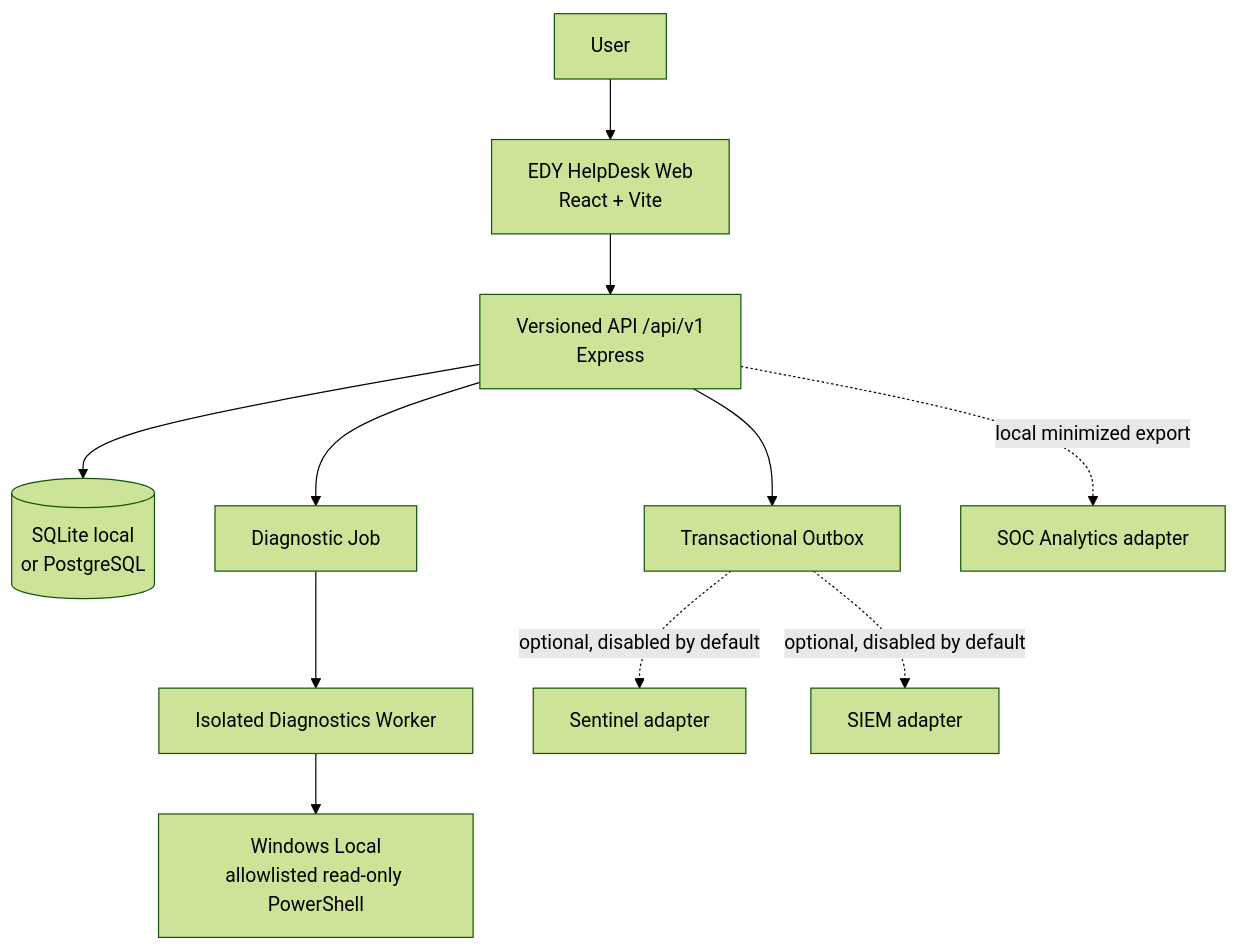
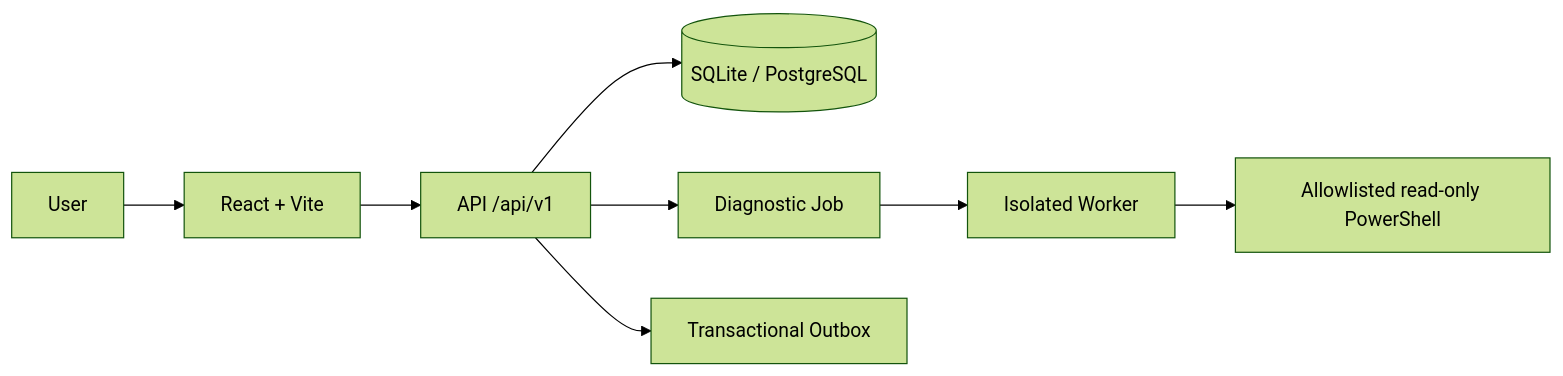
Before and after one commit to EDY075/EDY-HelpDesk: the diagram in README.md, drawn with Mermaid (forest theme). The commit also changed other lines of this file and 29 other files, not shown here.

Commit message:
feat: improve EDY HelpDesk demo experience for v1.0.1

````diff
--- a/README.md
+++ b/README.md
@@ -56,13 +92,10 @@
 ```mermaid
-flowchart TD
-  U[User] --> W[EDY HelpDesk Web\nReact + Vite]
-  W --> A[Versioned API /api/v1\nExpress]
-  A --> D[(SQLite local\nor PostgreSQL)]
+flowchart LR
+  U[User] --> W[React + Vite]
+  W --> A[API /api/v1]
+  A --> D[(SQLite / PostgreSQL)]
   A --> J[Diagnostic Job]
-  J --> K[Isolated Diagnostics Worker]
-  K --> L[Windows Local\nallowlisted read-only PowerShell]
+  J --> K[Isolated Worker]
+  K --> P[Allowlisted read-only PowerShell]
   A --> O[Transactional Outbox]
-  O -. optional, disabled by default .-> S[Sentinel adapter]
-  O -. optional, disabled by default .-> I[SIEM adapter]
-  A -. local minimized export .-> N[SOC Analytics adapter]
 ```
````
